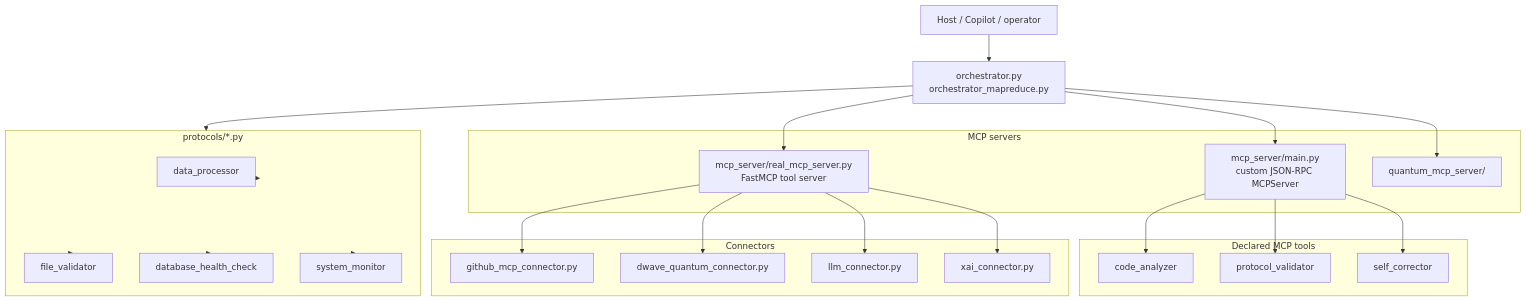
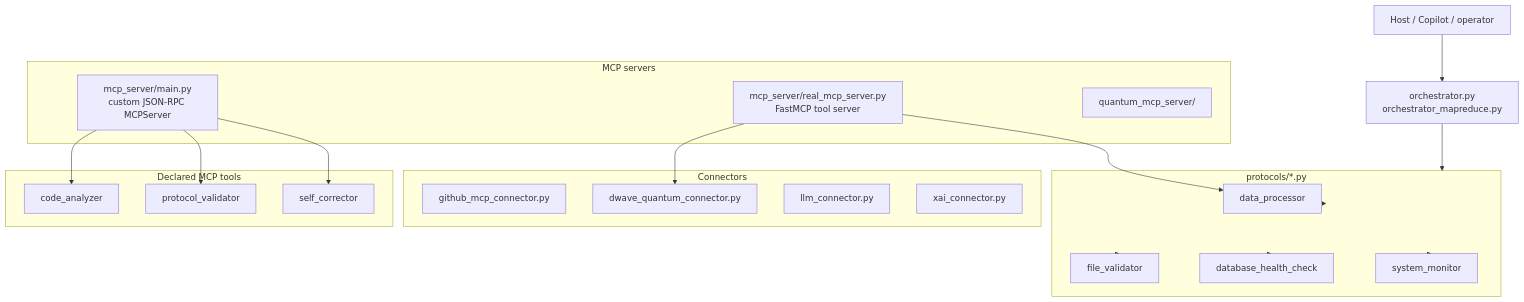
Before and after one commit to groupthinking/self-correcting-executor: the diagram in docs/REPO_MAP.md, drawn with Mermaid. The commit also changed other lines of this file and 11 other files, not shown here.

````diff
--- a/docs/REPO_MAP.md
+++ b/docs/REPO_MAP.md
@@ -55,48 +56,43 @@
 ```mermaid
 flowchart TD
     H[Host / Copilot / operator]
     O[orchestrator.py<br/>orchestrator_mapreduce.py]
 
     subgraph Servers[MCP servers]
         M1[mcp_server/main.py<br/>custom JSON-RPC MCPServer]
         M2[mcp_server/real_mcp_server.py<br/>FastMCP tool server]
         M3[quantum_mcp_server/]
     end
 
     subgraph Tools[Declared MCP tools]
         T1[code_analyzer]
         T2[protocol_validator]
         T3[self_corrector]
     end
 
     subgraph Connectors[Connectors]
         C1[github_mcp_connector.py]
         C2[dwave_quantum_connector.py]
         C3[llm_connector.py]
         C4[xai_connector.py]
     end
 
     subgraph Tasks[protocols/*.py]
         P1[data_processor]
         P2[file_validator]
         P3[database_health_check]
         P4[system_monitor]
     end
 
     H --> O
-    O --> M1
-    O --> M2
-    O --> M3
     M1 --> T1
     M1 --> T2
     M1 --> T3
-    M2 --> C1
     M2 --> C2
-    M2 --> C3
-    M2 --> C4
+    M2 --> P1
     O --> Tasks
     Tasks --> P1
     Tasks --> P2
     Tasks --> P3
     Tasks --> P4
 ```
````
